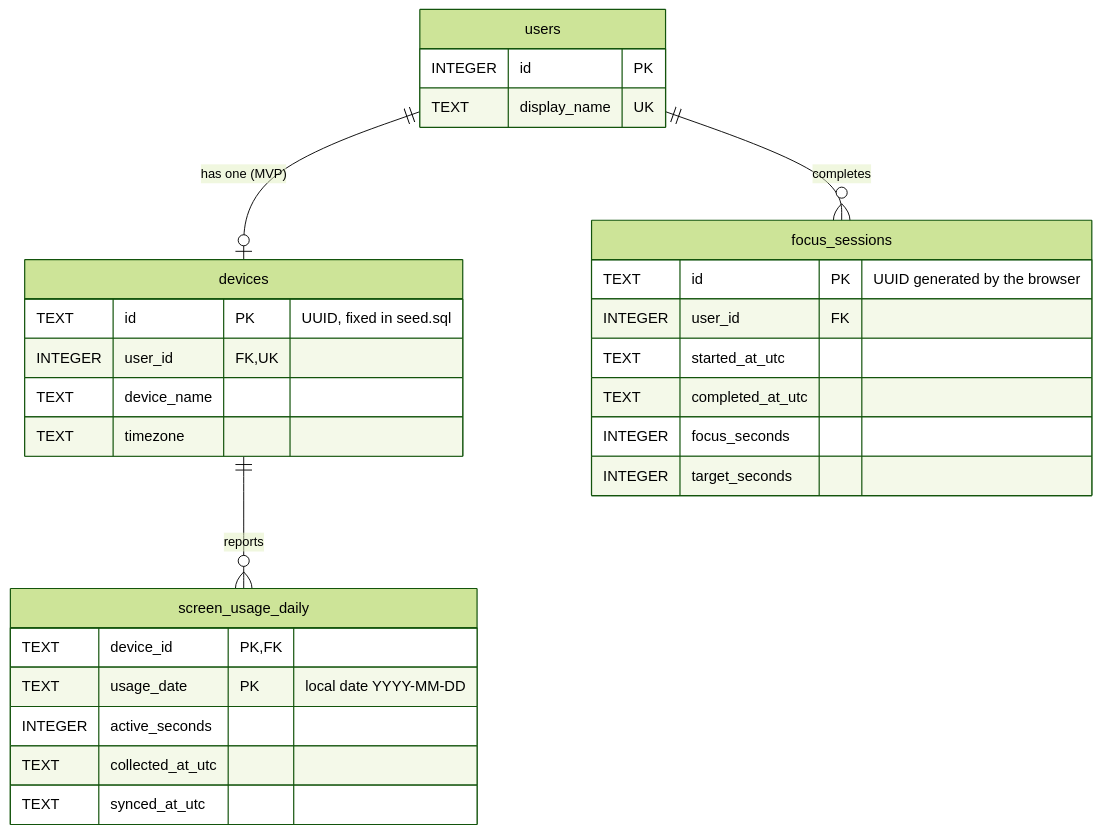
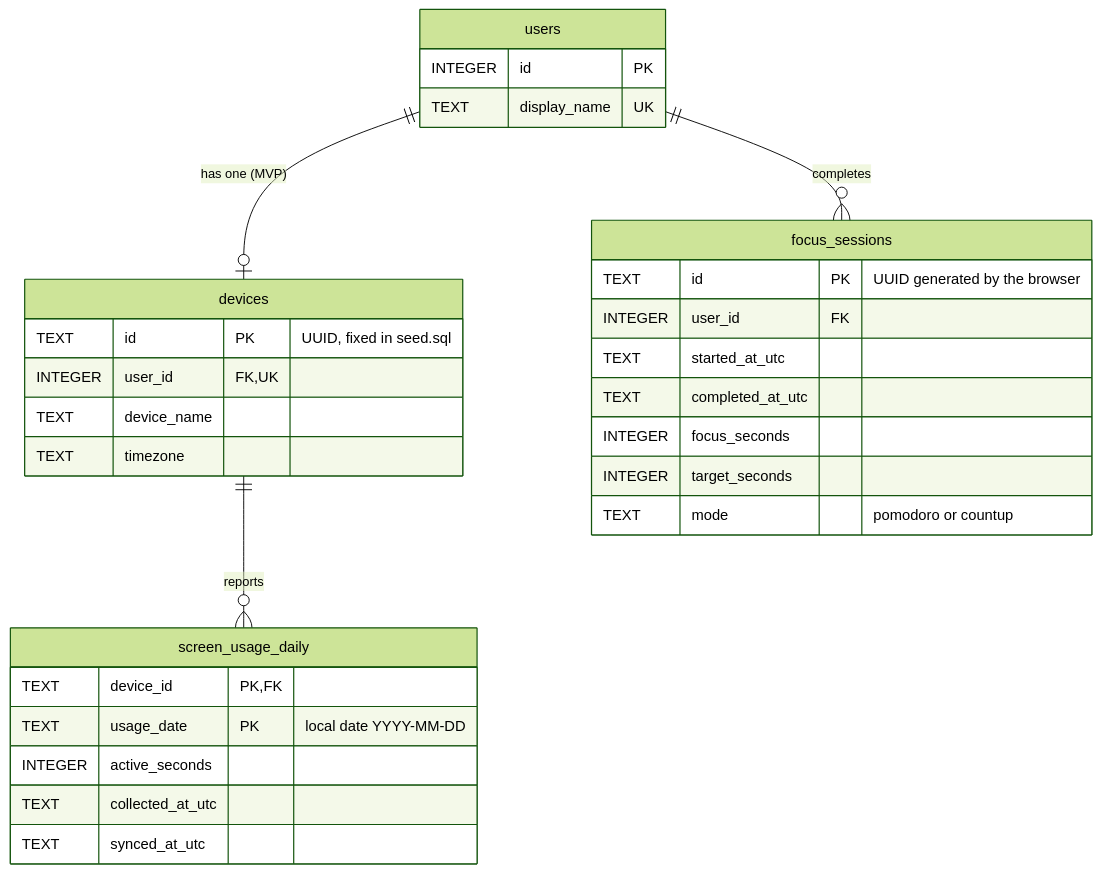
One commit to KaneYin/promodoro_timer changed the diagram in docs/database.md. Above: the diagram before and after it, drawn with Mermaid (forest theme). The commit also changed other lines of this file and 33 other files, not shown here.

````diff
--- a/docs/database.md
+++ b/docs/database.md
@@ -8,32 +9,33 @@
 ```mermaid
 erDiagram
     users ||--o| devices : "has one (MVP)"
     users ||--o{ focus_sessions : completes
     devices ||--o{ screen_usage_daily : reports
 
     users {
         INTEGER id PK
         TEXT display_name UK
     }
     devices {
         TEXT id PK "UUID, fixed in seed.sql"
         INTEGER user_id FK,UK
         TEXT device_name
         TEXT timezone
     }
     focus_sessions {
         TEXT id PK "UUID generated by the browser"
         INTEGER user_id FK
         TEXT started_at_utc
         TEXT completed_at_utc
         INTEGER focus_seconds
         INTEGER target_seconds
+        TEXT mode "pomodoro or countup"
     }
     screen_usage_daily {
         TEXT device_id PK,FK
         TEXT usage_date PK "local date YYYY-MM-DD"
         INTEGER active_seconds
         TEXT collected_at_utc
         TEXT synced_at_utc
     }
 ```
````
